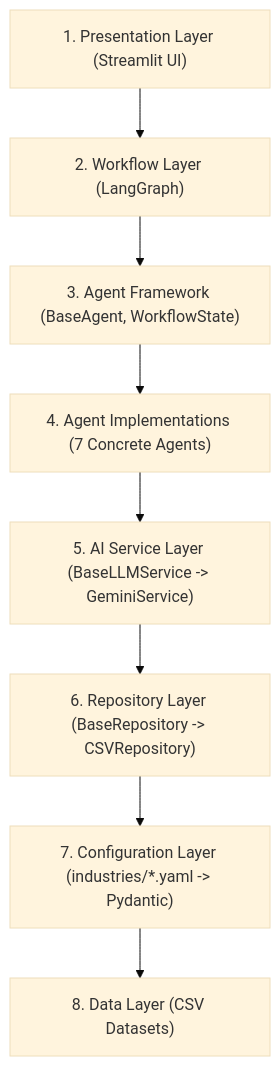
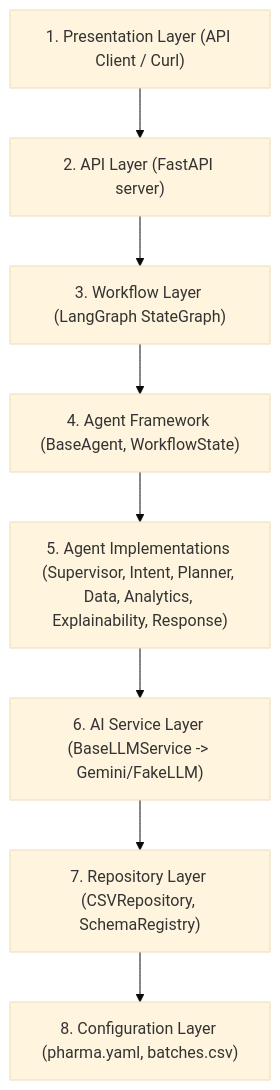
One commit to Starmann1/uaxAI changed the diagram in README.md. Above: the diagram before and after it, drawn with Mermaid (base theme). The commit also changed other lines of this file and 3 other files, not shown here.

Commit message:
Add documentation (ARCHITECTURE.md, DEMO_SCRIPT.md, LIMITATIONS.md) and update README.md

````diff
--- a/README.md
+++ b/README.md
@@ -9,10 +9,10 @@
 ```mermaid
-graph TD
-    A["1. Presentation Layer (Streamlit UI)"] --> B["2. Workflow Layer (LangGraph)"]
-    B --> C["3. Agent Framework (BaseAgent, WorkflowState)"]
-    C --> D["4. Agent Implementations (7 Concrete Agents)"]
-    D --> E["5. AI Service Layer (BaseLLMService -> GeminiService)"]
-    E --> F["6. Repository Layer (BaseRepository -> CSVRepository)"]
-    F --> G["7. Configuration Layer (industries/*.yaml -> Pydantic)"]
-    G --> H["8. Data Layer (CSV Datasets)"]
+flowchart TD
+    Client["1. Presentation Layer (API Client / Curl)"] --> API["2. API Layer (FastAPI server)"]
+    API --> Graph["3. Workflow Layer (LangGraph StateGraph)"]
+    Graph --> Frame["4. Agent Framework (BaseAgent, WorkflowState)"]
+    Frame --> Agents["5. Agent Implementations (Supervisor, Intent, Planner, Data, Analytics, Explainability, Response)"]
+    Agents --> Service["6. AI Service Layer (BaseLLMService -> Gemini/FakeLLM)"]
+    Service --> Repos["7. Repository Layer (CSVRepository, SchemaRegistry)"]
+    Repos --> Config["8. Configuration Layer (pharma.yaml, batches.csv)"]
 ```
````
